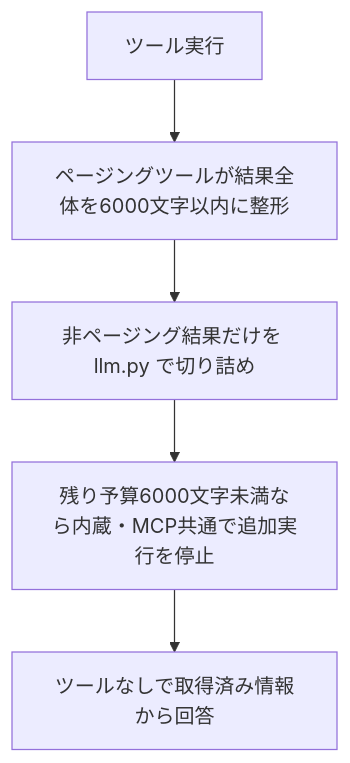
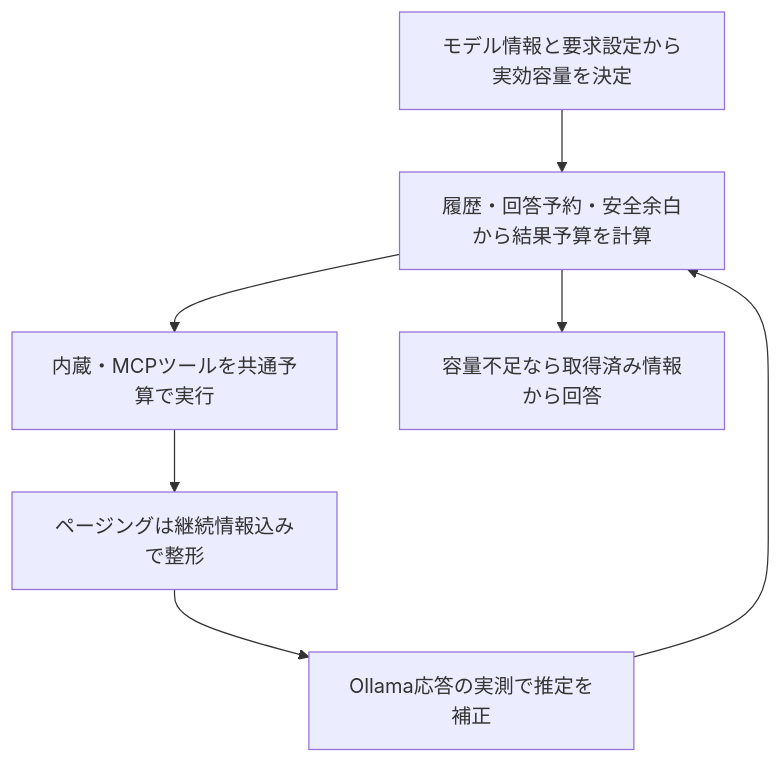
Before and after one commit to takashi000/ollama-web: the second of 3 diagrams in docs/tools-schema.md, drawn with Mermaid. The commit also changed other lines of this file and 29 other files, not shown here.

````diff
--- a/docs/tools-schema.md
+++ b/docs/tools-schema.md
@@ -270,7 +270,9 @@
 ```mermaid
 flowchart TD
-    T[ツール実行] --> S1[ページングツールが結果全体を6000文字以内に整形]
-    S1 --> S2[非ページング結果だけを llm.py で切り詰め]
-    S2 --> S3[残り予算6000文字未満なら内蔵・MCP共通で追加実行を停止]
-    S3 --> S4[ツールなしで取得済み情報から回答]
+    C[モデル情報と要求設定から実効容量を決定] --> B[履歴・回答予約・安全余白から結果予算を計算]
+    B --> T[内蔵・MCPツールを共通予算で実行]
+    T --> P[ページングは継続情報込みで整形]
+    P --> R[Ollama応答の実測で推定を補正]
+    R --> B
+    B --> F[容量不足なら取得済み情報から回答]
 ```
````
